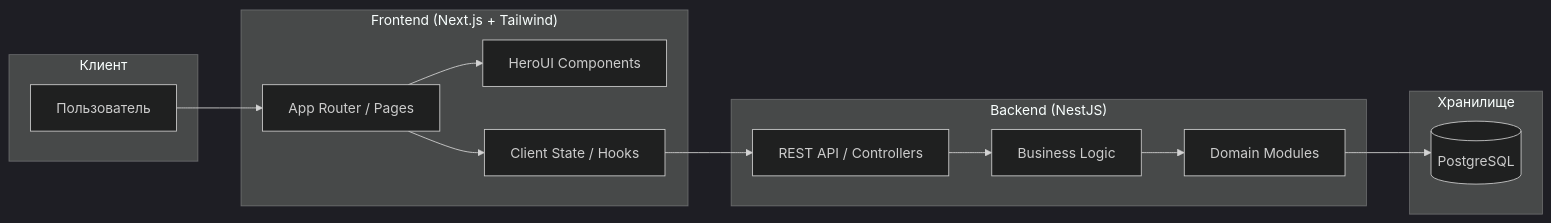
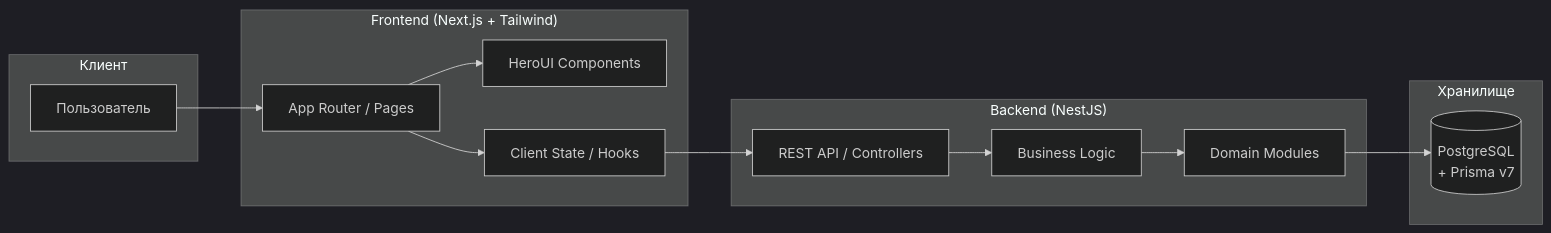
One commit to GrimStack-Education/spotWave changed the diagram in README.md. Above: the diagram before and after it, drawn with Mermaid (dark theme). The commit also changed other lines of this file and 4 other files, not shown here.

````diff
--- a/README.md
+++ b/README.md
@@ -39,30 +39,30 @@
 ```mermaid
 flowchart LR
     subgraph Client["Клиент"]
         User["Пользователь"]
     end
 
     subgraph FE["Frontend (Next.js + Tailwind)"]
         Router["App Router / Pages"]
         Components["HeroUI Components"]
         State["Client State / Hooks"]
     end
 
     subgraph BE["Backend (NestJS)"]
         API["REST API / Controllers"]
         Services["Business Logic"]
         Modules["Domain Modules"]
     end
 
     subgraph Storage["Хранилище"]
-        DB[("PostgreSQL")]
+        DB[("PostgreSQL<br/>+ Prisma v7")]
     end
 
     User --> Router
     Router --> Components
     Router --> State
     State --> API
     API --> Services
     Services --> Modules
     Modules --> DB
 ```
````
